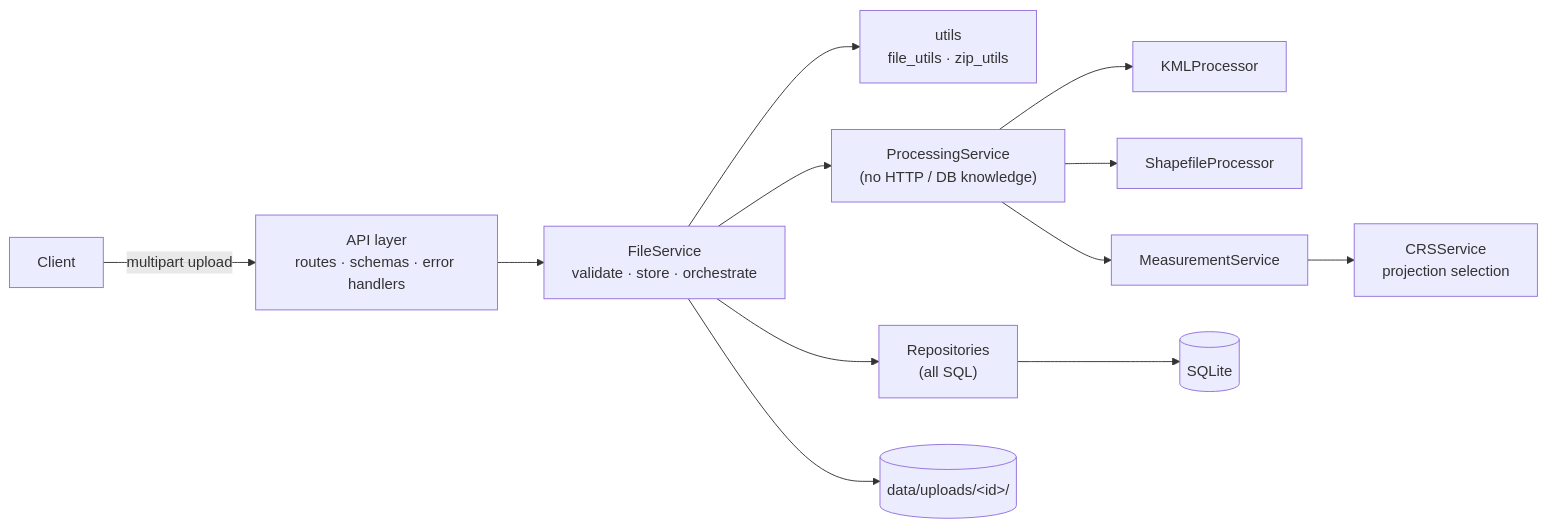
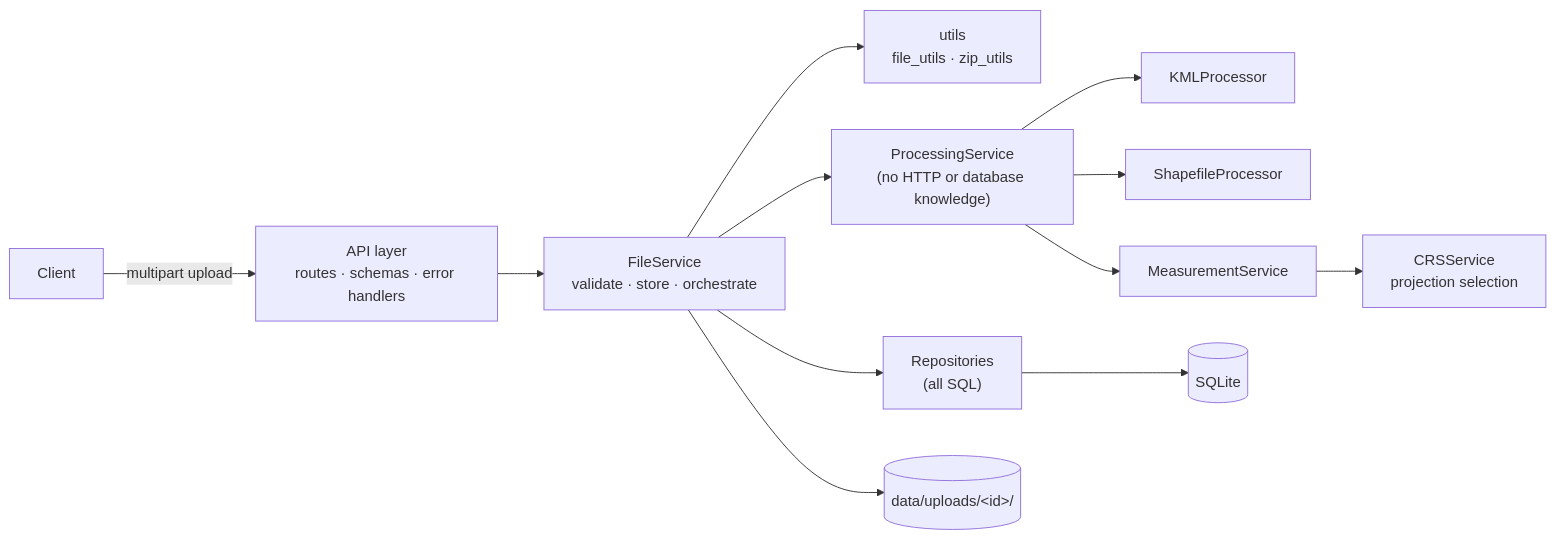
One commit to code-with-vishnu26/geospatial-measurement-api changed the diagram in README.md. Above: the diagram before and after it, drawn with Mermaid. The commit also changed other lines of this file, not shown here.

````diff
--- a/README.md
+++ b/README.md
@@ -96,14 +112,14 @@
 ```mermaid
 flowchart LR
     Client -->|multipart upload| API["API layer<br/>routes · schemas · error handlers"]
     API --> FS["FileService<br/>validate · store · orchestrate"]
     FS --> U["utils<br/>file_utils · zip_utils"]
-    FS --> PS["ProcessingService<br/>(no HTTP / DB knowledge)"]
+    FS --> PS["ProcessingService<br/>(no HTTP or database knowledge)"]
     PS --> KP[KMLProcessor]
     PS --> SP[ShapefileProcessor]
     PS --> MS[MeasurementService]
     MS --> CS["CRSService<br/>projection selection"]
     FS --> R["Repositories<br/>(all SQL)"]
     R --> DB[(SQLite)]
     FS --> ST[("data/uploads/&lt;id&gt;/")]
 ```
````
